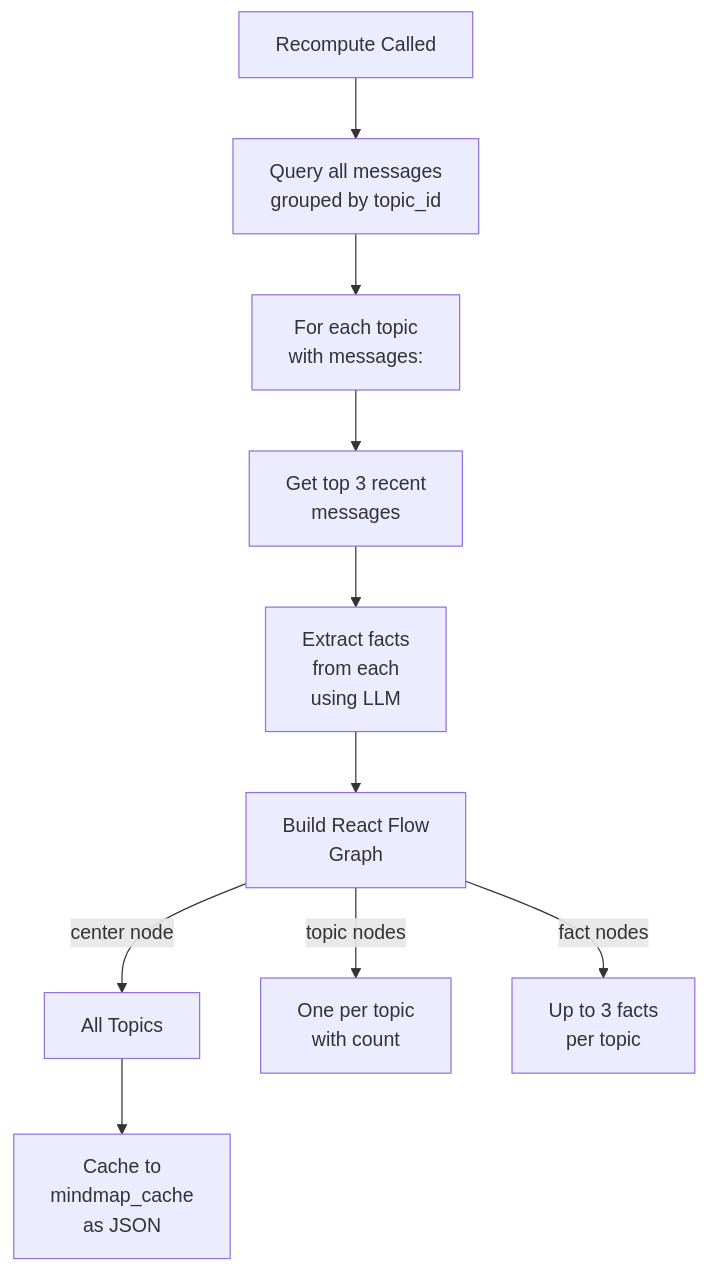
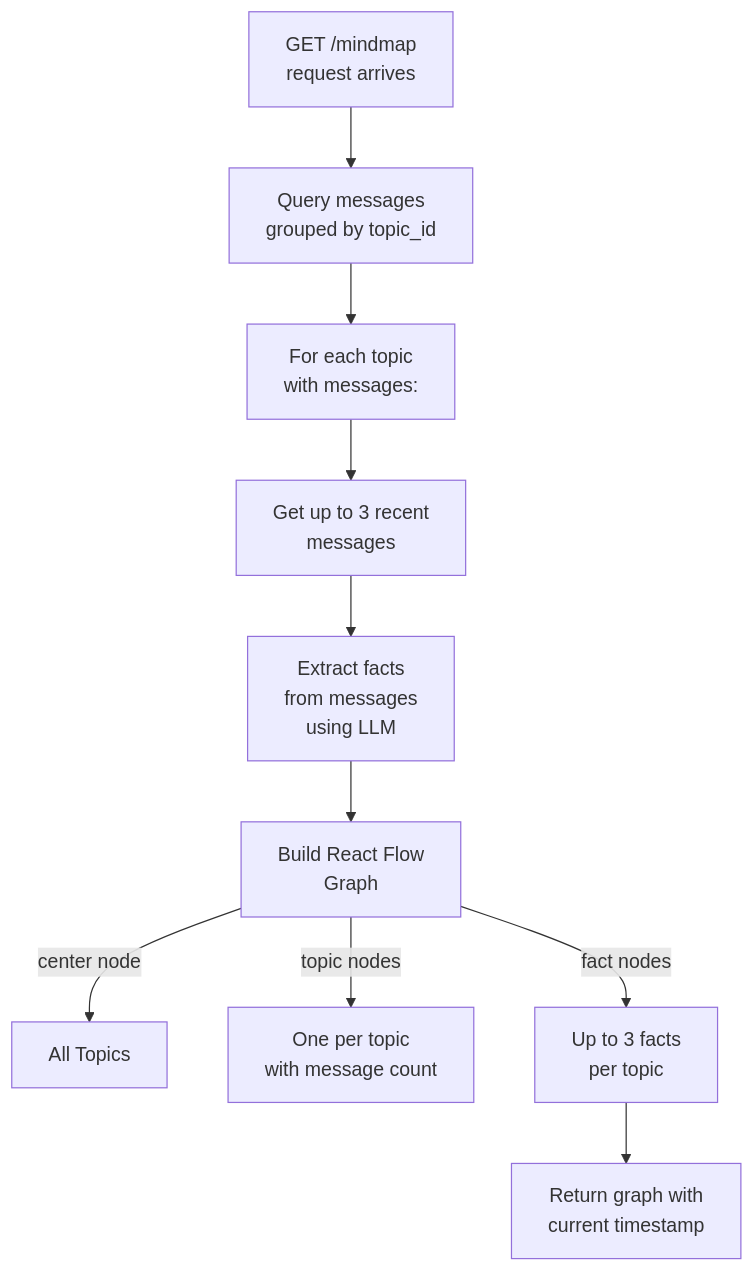
The sixth of 9 diagrams in ARCHITECTURE.md (njsfield/multi-agent-system), drawn with Mermaid before and after one commit. The commit also changed other lines of this file and 1 other file, not shown here.

First line of the commit message:
docs: update to reflect mindmap runtime generation (no caching)

````diff
--- a/ARCHITECTURE.md
+++ b/ARCHITECTURE.md
@@ -203,12 +203,12 @@
 ```mermaid
 graph TD
-    A["Recompute Called"] --> B["Query all messages<br/>grouped by topic_id"]
+    A["GET /mindmap<br/>request arrives"] --> B["Query messages<br/>grouped by topic_id"]
     B --> C["For each topic<br/>with messages:"]
-    C --> D["Get top 3 recent<br/>messages"]
-    D --> E["Extract facts<br/>from each<br/>using LLM"]
+    C --> D["Get up to 3 recent<br/>messages"]
+    D --> E["Extract facts<br/>from messages<br/>using LLM"]
     E --> F["Build React Flow<br/>Graph"]
     F -->|center node| G["All Topics"]
-    F -->|topic nodes| H["One per topic<br/>with count"]
+    F -->|topic nodes| H["One per topic<br/>with message count"]
     F -->|fact nodes| I["Up to 3 facts<br/>per topic"]
-    G --> J["Cache to<br/>mindmap_cache<br/>as JSON"]
+    I --> J["Return graph with<br/>current timestamp"]
 ```
````
